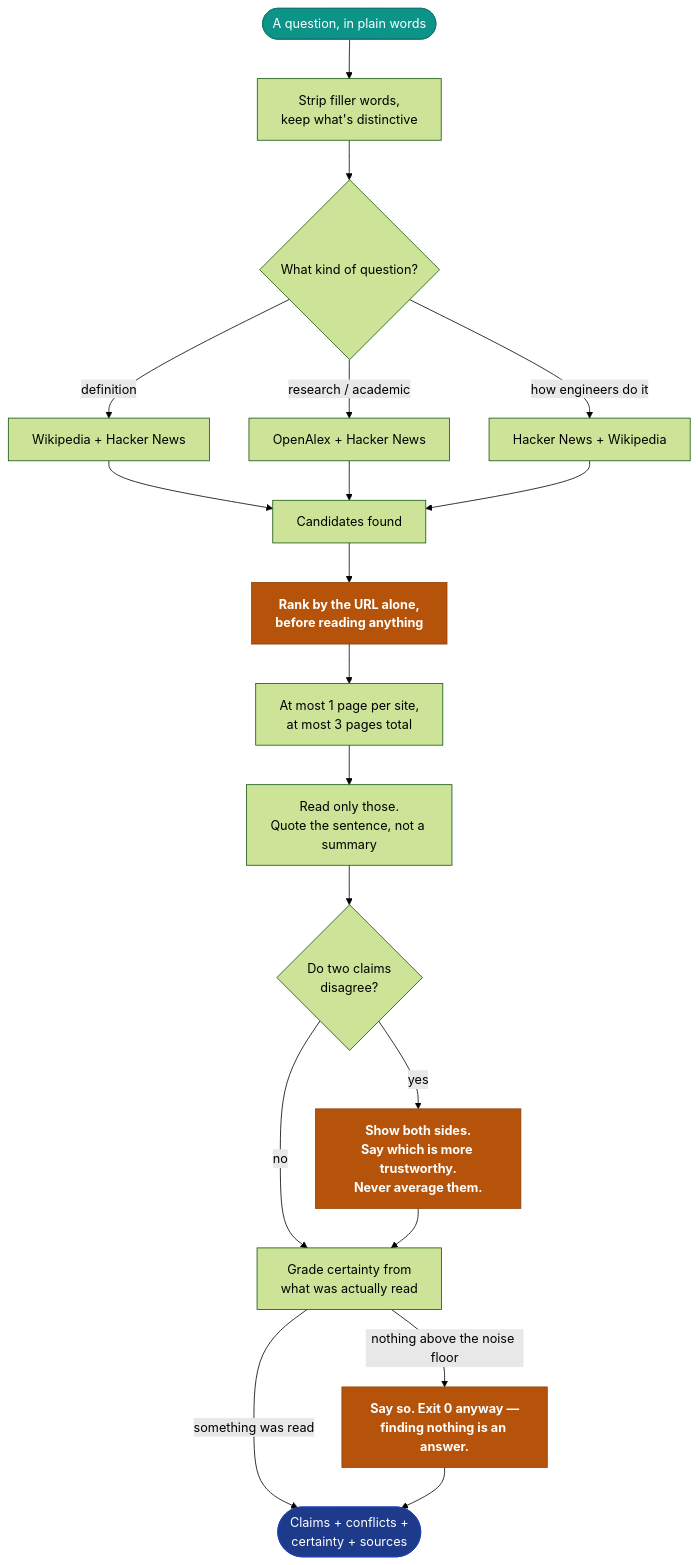
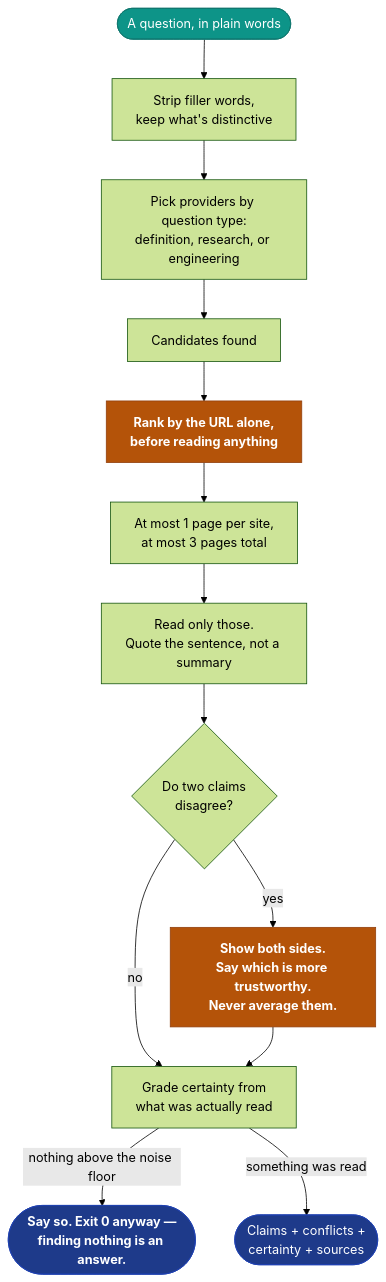
One commit to rambaarde/ai-internet-search changed the diagram in README.md. Above: the diagram before and after it, drawn with Mermaid (forest theme).

Commit message:
docs: simplify the pipeline diagram so GitHub's mermaid renderer can lay it out
GitHub's renderer failed with 'could not find a suitable point for the
given distance' on the original shape -- a 3-way fan-in from the provider
branches, plus a second merge point right after it. Collapsed the provider
selection into one node's label instead of three parallel branches, and
made the two end states separate terminal nodes instead of merging back
into one. Same information, no rendering-triggering topology.

````diff
--- a/README.md
+++ b/README.md
@@ -83,30 +83,23 @@
 ```mermaid
 flowchart TD
     A(["A question, in plain words"]) --> B["Strip filler words,<br/>keep what's distinctive"]
-    B --> C{"What kind of question?"}
-    C -->|"definition"| D["Wikipedia + Hacker News"]
-    C -->|"research / academic"| E["OpenAlex + Hacker News"]
-    C -->|"how engineers do it"| F["Hacker News + Wikipedia"]
-    D --> G["Candidates found"]
-    E --> G
-    F --> G
+    B --> C["Pick providers by question type:<br/>definition, research, or engineering"]
+    C --> G["Candidates found"]
     G --> H["<b>Rank by the URL alone,<br/>before reading anything</b>"]
     H --> I["At most 1 page per site,<br/>at most 3 pages total"]
     I --> J["Read only those.<br/>Quote the sentence, not a summary"]
     J --> K{"Do two claims<br/>disagree?"}
     K -->|"yes"| L["<b>Show both sides.<br/>Say which is more trustworthy.<br/>Never average them.</b>"]
     K -->|"no"| M["Grade certainty from<br/>what was actually read"]
     L --> M
-    M -->|"nothing above the noise floor"| N["<b>Say so. Exit 0 anyway —<br/>finding nothing is an answer.</b>"]
+    M -->|"nothing above the noise floor"| N(["<b>Say so. Exit 0 anyway —<br/>finding nothing is an answer.</b>"])
     M -->|"something was read"| O(["Claims + conflicts +<br/>certainty + sources"])
-    N --> O
 
     classDef ask fill:#0d9488,stroke:#0f766e,color:#fff
     classDef care fill:#b45309,stroke:#92400e,color:#fff
     classDef done fill:#1e3a8a,stroke:#1e40af,color:#fff
     class A ask
     class H care
     class L care
-    class N care
-    class O done
+    class N,O done
 ```
````
